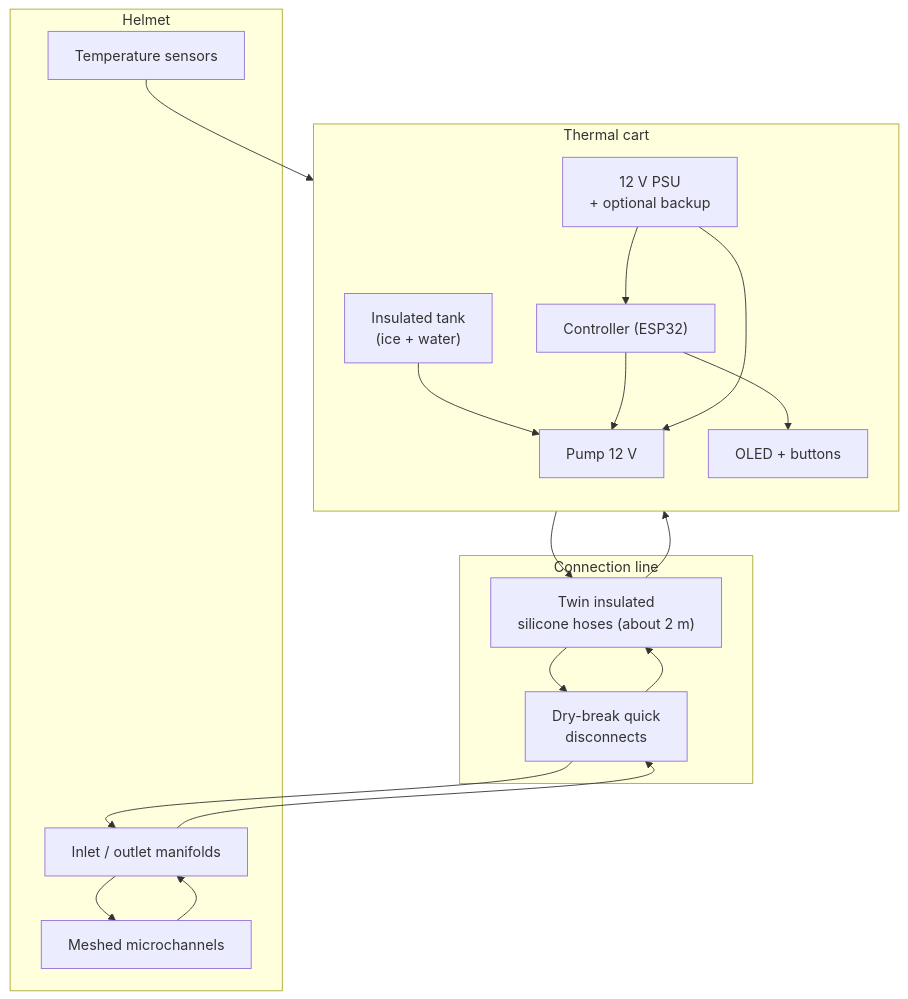
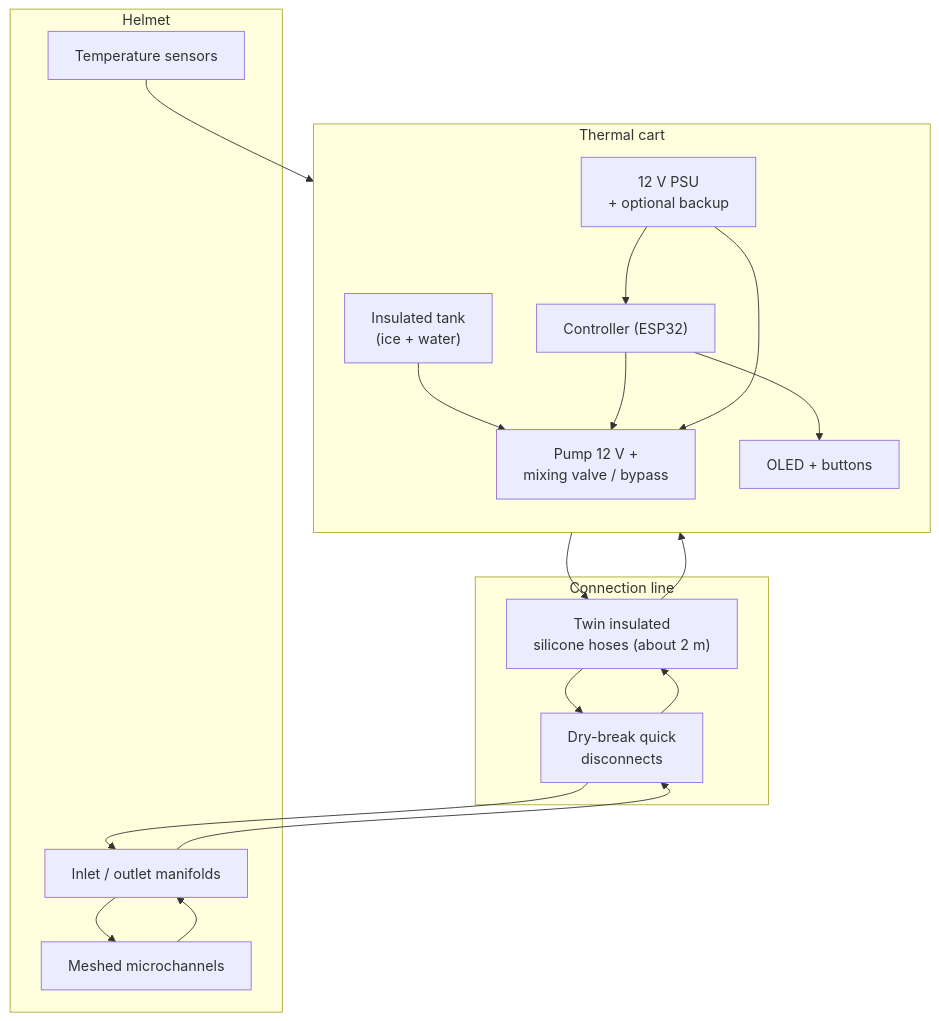
The diagram in docs/architecture/overview.md (dbianco/thermascalp), drawn with Mermaid before and after one commit. The commit also changed other lines of this file and 8 other files, not shown here.

````diff
--- a/docs/architecture/overview.md
+++ b/docs/architecture/overview.md
@@ -6,27 +6,27 @@
 ```mermaid
 flowchart TB
     subgraph Cart["Thermal cart"]
         direction TB
         TANK["Insulated tank<br/>(ice + water)"]
-        PUMP["Pump 12 V"]
+        PUMP["Pump 12 V +<br/>mixing valve / bypass"]
         MCU["Controller (ESP32)"]
         UI["OLED + buttons"]
         PWR["12 V PSU<br/>+ optional backup"]
     end
     subgraph Line["Connection line"]
         HOSES["Twin insulated<br/>silicone hoses (about 2 m)"]
         QD["Dry-break quick<br/>disconnects"]
     end
     subgraph Helmet["Helmet"]
         MANI["Inlet / outlet manifolds"]
         MESH["Meshed microchannels"]
         SENS["Temperature sensors"]
     end
     TANK --> PUMP --> HOSES --> QD --> MANI --> MESH --> MANI
     MANI --> QD --> HOSES --> TANK
     SENS --> MCU
     MCU --> PUMP
     MCU --> UI
     PWR --> MCU
     PWR --> PUMP
 ```
````
